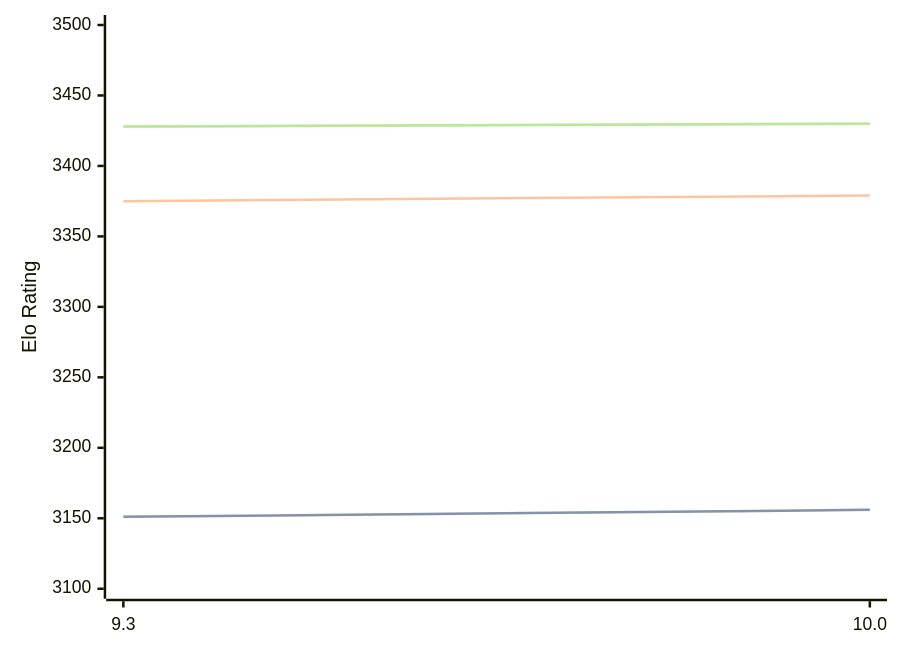
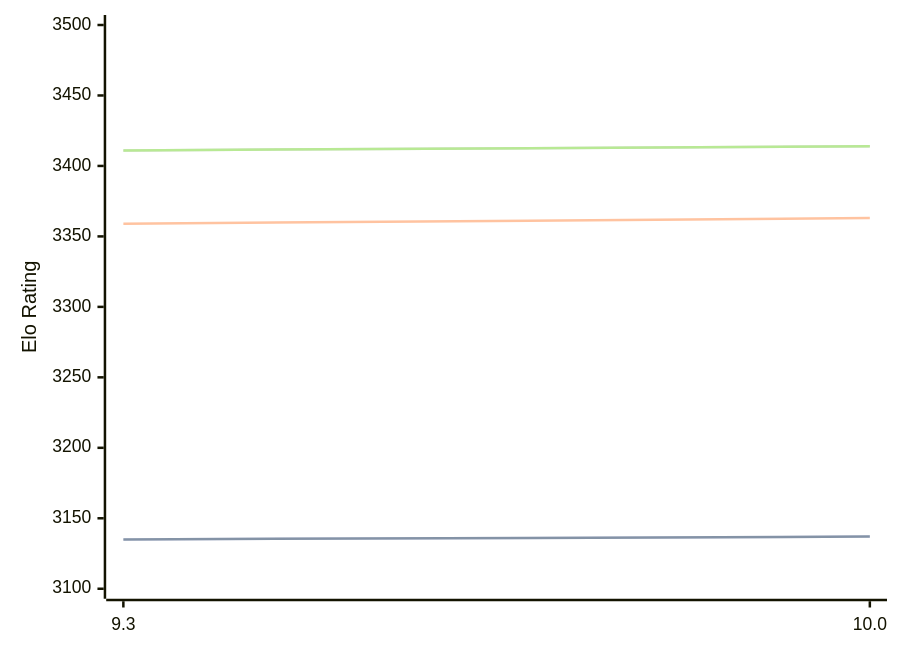
One commit to computer-chess-index/cci changed the diagram in engines/Fire.md. Above: the diagram before and after it, drawn with Mermaid. The commit also changed other lines of this file, not shown here.

Commit message:
Update CCI Ratings (ELO VLTC) - 2026-05-20

````diff
--- a/engines/Fire.md
+++ b/engines/Fire.md
@@ -47,11 +47,11 @@
 ```mermaid
 %%{init: {"theme":"base","themeVariables":{"seriesColors:['#a3a3a3','#222221','#faa371']}}}%%
 xychart-beta
   x-axis ["9.3", "10.0"]
   y-axis "Elo Rating" 3100 --> 3500
-  line "STC (8.0+0.08s)" [3151, 3156]
-  line "STC (8.0+0.08s)" [3151, 3156]
-  line "LTC (60.0+0.60s)" [3375, 3379]
-  line "VLTC (2m24s+1.12s)" [3428, 3430]
-  line "VLTC (2m24s+1.12s)" [3428, 3430]
+  line "STC (8.0+0.08s)" [3135, 3137]
+  line "STC (8.0+0.08s)" [3135, 3137]
+  line "LTC (60.0+0.60s)" [3359, 3363]
+  line "VLTC (2m24s+1.12s)" [3411, 3414]
+  line "VLTC (2m24s+1.12s)" [3411, 3414]
 ```
````
